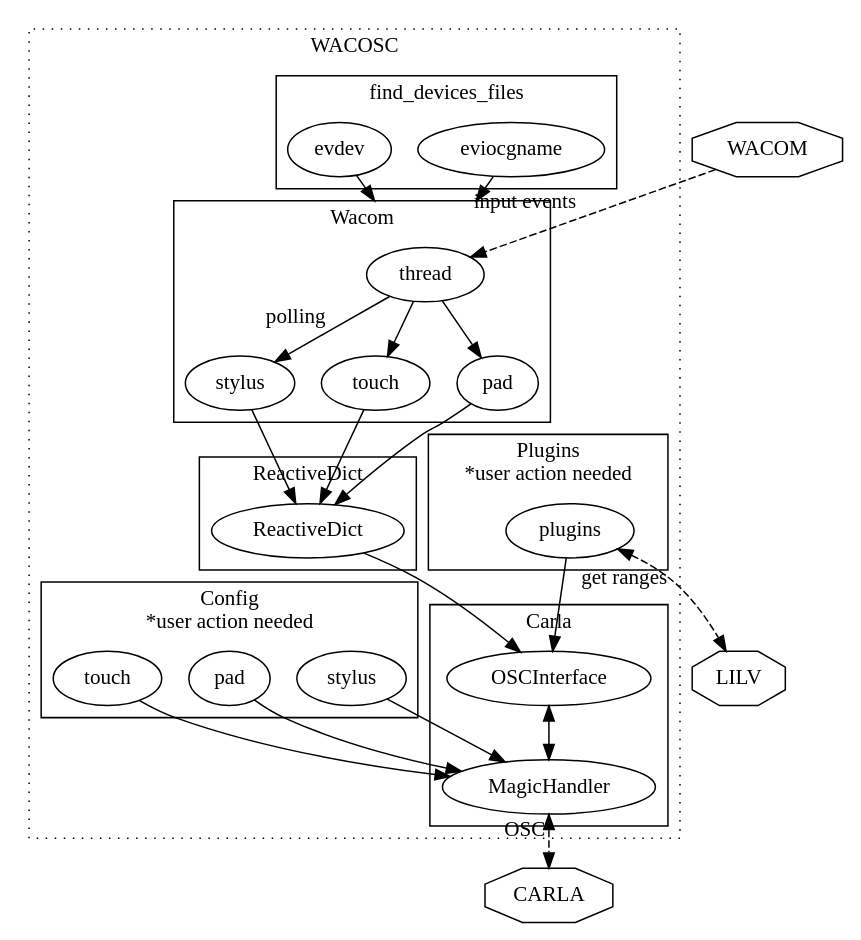
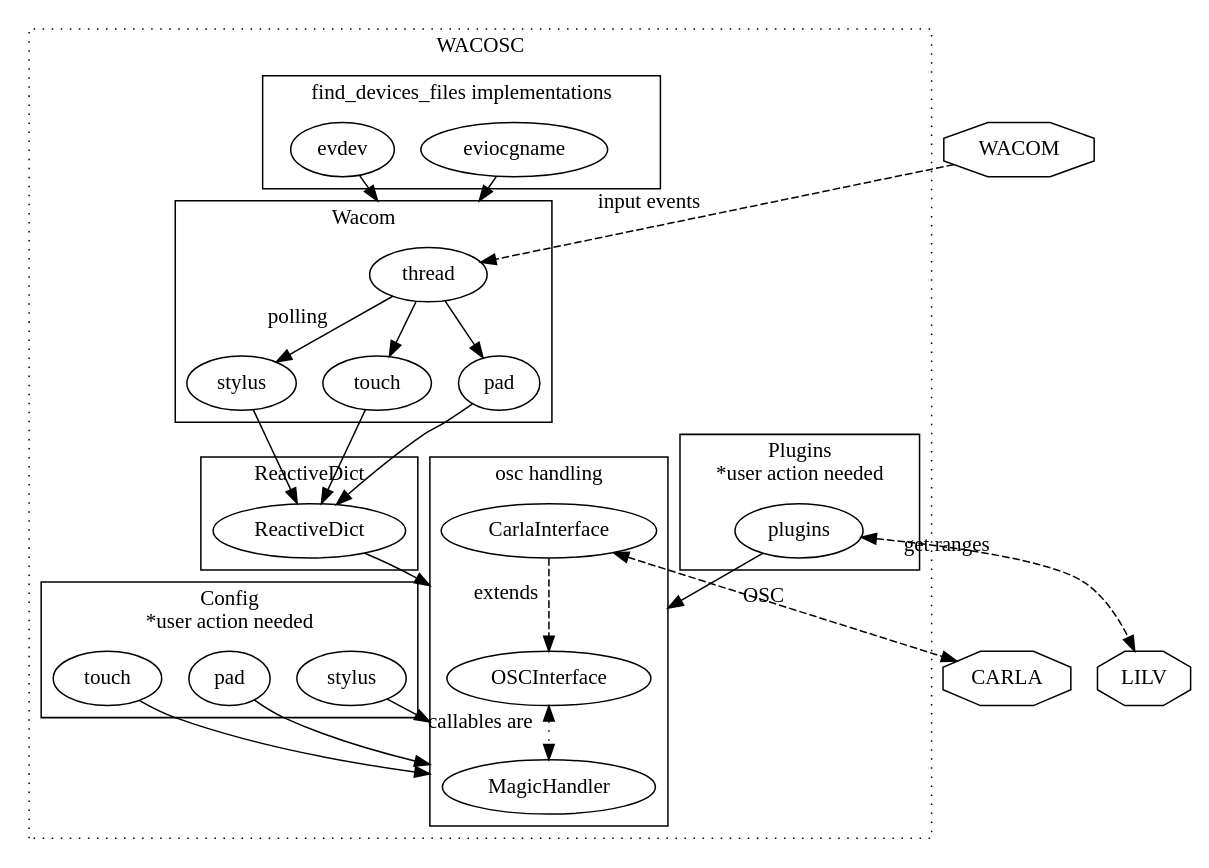
One commit to CastixGitHub/wacosc changed the diagram in diagram.dot. Above: the diagram before and after it, drawn with Graphviz. The commit also changed 6 other files, not shown here.

```diff
--- a/diagram.dot
+++ b/diagram.dot
@@ -1,73 +1,73 @@
 digraph {
 	compound=true;
 	node [ fontname="Handlee" ];
 	subgraph cluster_wacosc {
 		label="WACOSC";
 		style="dotted";
 		subgraph cluster_dev_map {
-			label="find_devices_files";
+			label="find_devices_files implementations";
 			style="solid";
 			eviocgname
 			evdev
 		}
-		subgraph cluster_carla {
-			label="Carla";
+		subgraph cluster_osc {
+			label="osc handling";
 			style="solid";
 			OSCInterface
+			CarlaInterface
 			MagicHandler
 		}
-		
+		CarlaInterface -> OSCInterface [style=dashed, xlabel=extends]
+		OSCInterface -> MagicHandler [style=dotted, xlabel="callables are", dir=both]
 		subgraph cluster_wacom {
 			label="Wacom";
 			style="solid";
 			stylus
 			touch
 			pad
 			thread
 		}
 		eviocgname -> thread [lhead=cluster_wacom]
 		evdev -> thread [lhead=cluster_wacom]
   
 		subgraph cluster_reactivedict {
 			label="ReactiveDict";
 			style="solid";
 			ReactiveDict
 		}
 
 		subgraph cluster_plugins {
 			label="Plugins\n*user action needed";
 			style="solid";
 			plugins
 		}
   
 		thread -> stylus [xlabel="polling"]
 		thread -> pad
 		thread -> touch
   
 		stylus -> ReactiveDict
 		pad -> ReactiveDict
 		touch -> ReactiveDict
   
-		ReactiveDict -> OSCInterface
-		plugins -> OSCInterface
+		ReactiveDict -> OSCInterface [lhead=cluster_osc]
+		plugins -> OSCInterface [lhead=cluster_osc]
 
 		subgraph cluster_config {
 			label="Config\n*user action needed";
 			style="solid";
 			cfg_stylus [label="stylus"]
 			cfg_pad [label="pad"]
 			cfg_touch [label="touch"]
 		}
 
-		OSCInterface -> MagicHandler [dir=both]
-
-		cfg_stylus -> MagicHandler
-		cfg_pad -> MagicHandler
-		cfg_touch -> MagicHandler
+		cfg_stylus -> MagicHandler [lhead=cluster_osc]
+		cfg_pad -> MagicHandler [lhead=cluster_osc]
+		cfg_touch -> MagicHandler [lhead=cluster_osc]
 	}
 
 	node [shape="octagon"];
-	MagicHandler -> CARLA [style="dashed" xlabel="OSC" dir=both]
+	CarlaInterface -> CARLA [style="dashed" xlabel="OSC" dir=both]
 	WACOM -> thread [style="dashed" xlabel="input events"]
 	plugins -> LILV [style="dashed" xlabel="get ranges" dir=both]
 }
```
